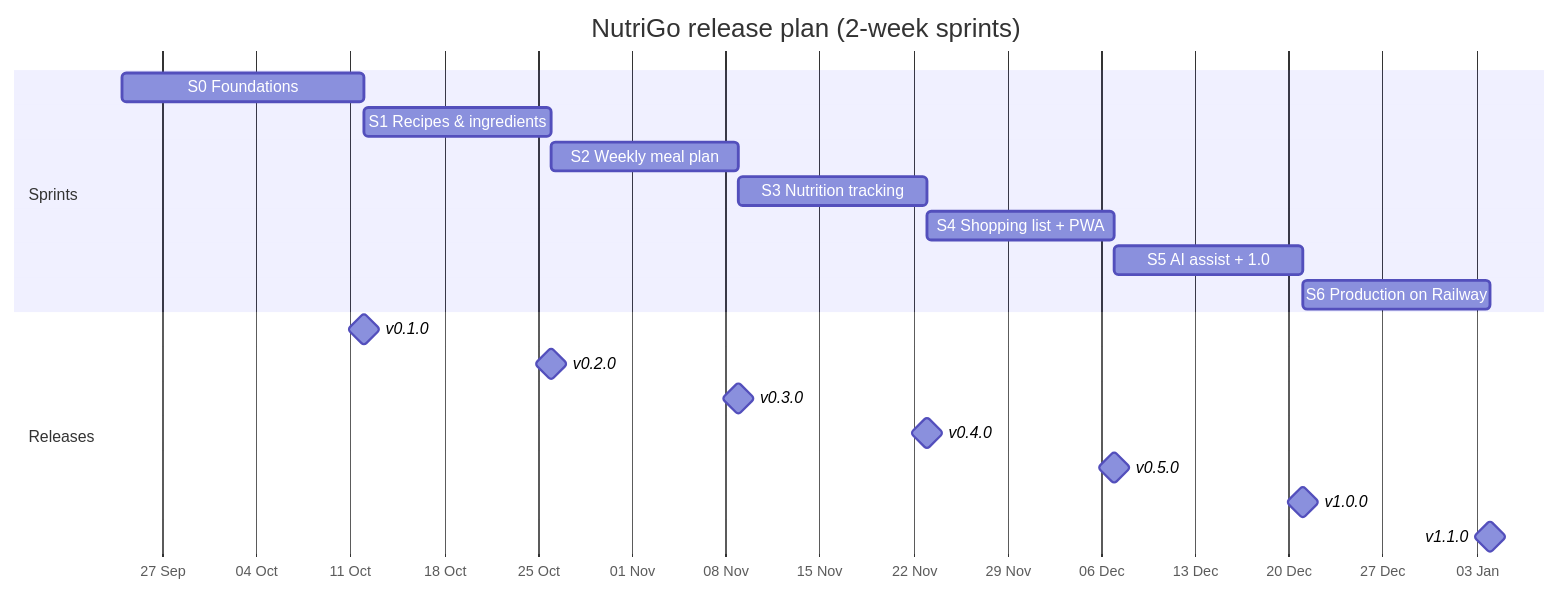
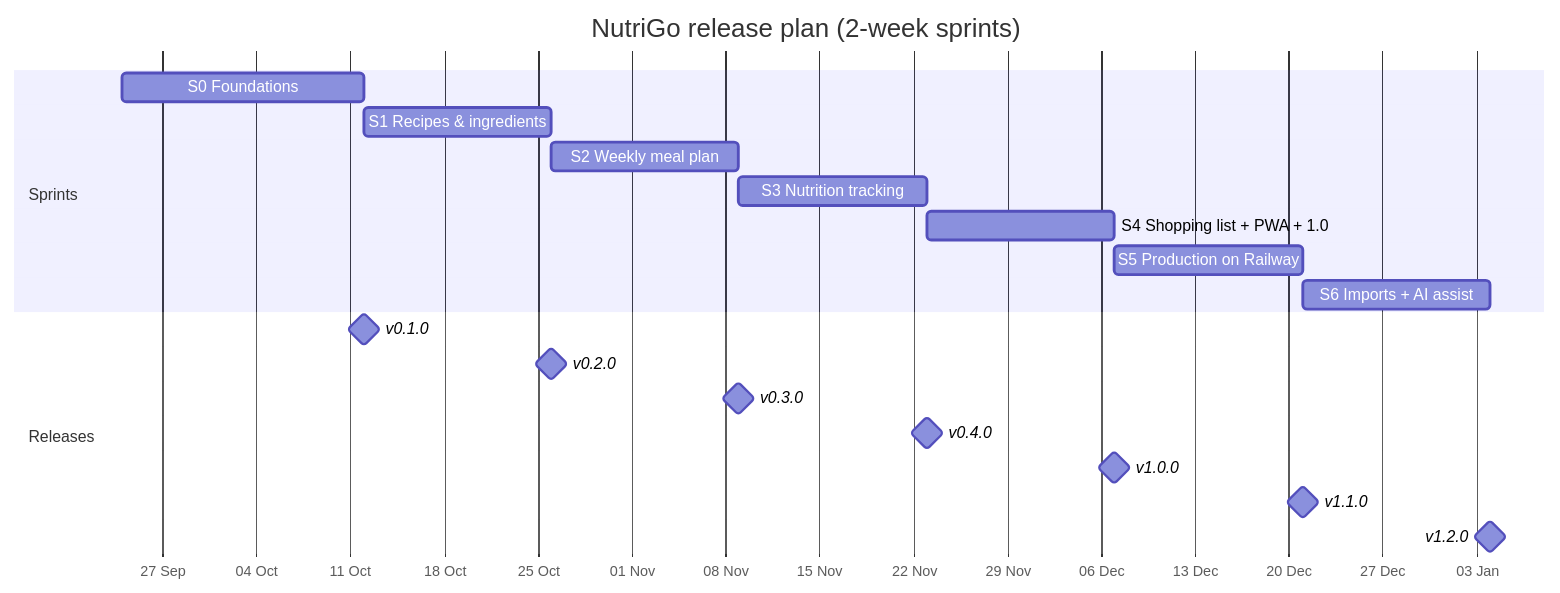
The first of 2 diagrams in docs/roadmap.md (micheltsarasoa/nutrigo), drawn with Mermaid before and after one commit. The commit also changed other lines of this file and 7 other files, not shown here.

First line of the commit message:
docs: ship v1.0.0 after S4, then Railway, then imports and AI (ADR-0014) (#160)

````diff
--- a/docs/roadmap.md
+++ b/docs/roadmap.md
@@ -5,22 +5,22 @@
 ```mermaid
 gantt
     title NutriGo release plan (2-week sprints)
     dateFormat YYYY-MM-DD
     axisFormat %d %b
     section Sprints
     S0 Foundations            :s0, 2026-09-24, 18d
     S1 Recipes & ingredients  :s1, after s0, 14d
     S2 Weekly meal plan       :s2, after s1, 14d
     S3 Nutrition tracking     :s3, after s2, 14d
-    S4 Shopping list + PWA    :s4, after s3, 14d
-    S5 AI assist + 1.0        :s5, after s4, 14d
-    S6 Production on Railway  :s6, after s5, 14d
+    S4 Shopping list + PWA + 1.0 :s4, after s3, 14d
+    S5 Production on Railway  :s5, after s4, 14d
+    S6 Imports + AI assist    :s6, after s5, 14d
     section Releases
     v0.1.0 :milestone, after s0, 0d
     v0.2.0 :milestone, after s1, 0d
     v0.3.0 :milestone, after s2, 0d
     v0.4.0 :milestone, after s3, 0d
-    v0.5.0 :milestone, after s4, 0d
-    v1.0.0 :milestone, after s5, 0d
-    v1.1.0 :milestone, after s6, 0d
+    v1.0.0 :milestone, after s4, 0d
+    v1.1.0 :milestone, after s5, 0d
+    v1.2.0 :milestone, after s6, 0d
 ```
````
